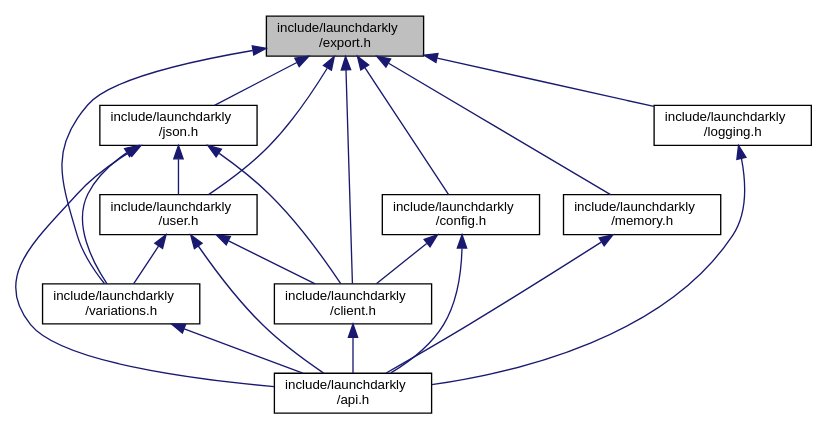
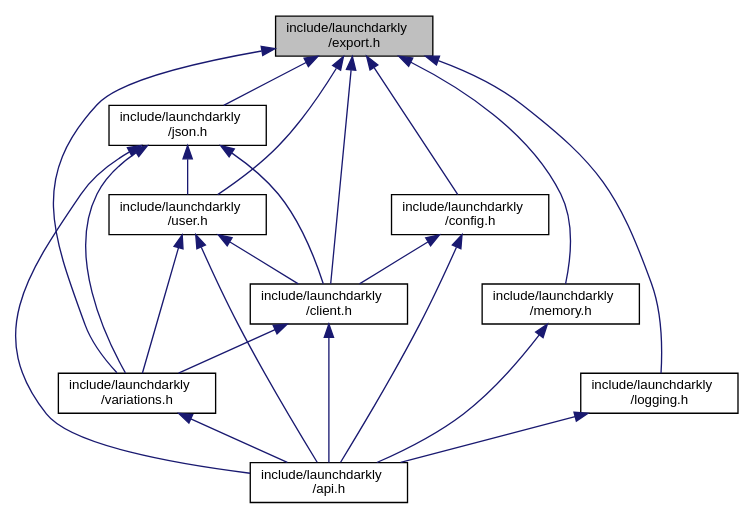
The diagram in export_8h__dep__incl.dot (launchdarkly/c-server-sdk), drawn with Graphviz before and after one commit. The commit also changed 109 other files, not shown here.

```diff
--- a/export_8h__dep__incl.dot
+++ b/export_8h__dep__incl.dot
@@ -1,34 +1,35 @@
 digraph "include/launchdarkly/export.h"
 {
   edge [fontname="Helvetica",fontsize="10",labelfontname="Helvetica",labelfontsize="10"];
   node [fontname="Helvetica",fontsize="10",shape=record];
   Node1 [label="include/launchdarkly\l/export.h",height=0.2,width=0.4,color="black", fillcolor="grey75", style="filled", fontcolor="black"];
   Node1 -> Node2 [dir="back",color="midnightblue",fontsize="10",style="solid",fontname="Helvetica"];
   Node2 [label="include/launchdarkly\l/json.h",height=0.2,width=0.4,color="black", fillcolor="white", style="filled",URL="$json_8h.html",tooltip="Public API Interface for JSON usage. "];
   Node2 -> Node3 [dir="back",color="midnightblue",fontsize="10",style="solid",fontname="Helvetica"];
   Node3 [label="include/launchdarkly\l/api.h",height=0.2,width=0.4,color="black", fillcolor="white", style="filled",URL="$api_8h.html",tooltip="Public API. Include this for every public operation. "];
   Node2 -> Node4 [dir="back",color="midnightblue",fontsize="10",style="solid",fontname="Helvetica"];
   Node4 [label="include/launchdarkly\l/user.h",height=0.2,width=0.4,color="black", fillcolor="white", style="filled",URL="$user_8h.html",tooltip="Public API Interface for User construction. "];
   Node4 -> Node3 [dir="back",color="midnightblue",fontsize="10",style="solid",fontname="Helvetica"];
   Node4 -> Node5 [dir="back",color="midnightblue",fontsize="10",style="solid",fontname="Helvetica"];
   Node5 [label="include/launchdarkly\l/client.h",height=0.2,width=0.4,color="black", fillcolor="white", style="filled",URL="$client_8h.html",tooltip="Public API Interface for Client operations. "];
   Node5 -> Node3 [dir="back",color="midnightblue",fontsize="10",style="solid",fontname="Helvetica"];
-  Node4 -> Node6 [dir="back",color="midnightblue",fontsize="10",style="solid",fontname="Helvetica"];
+  Node5 -> Node6 [dir="back",color="midnightblue",fontsize="10",style="solid",fontname="Helvetica"];
   Node6 [label="include/launchdarkly\l/variations.h",height=0.2,width=0.4,color="black", fillcolor="white", style="filled",URL="$variations_8h.html",tooltip="Public API Interface for evaluation variations. "];
   Node6 -> Node3 [dir="back",color="midnightblue",fontsize="10",style="solid",fontname="Helvetica"];
+  Node4 -> Node6 [dir="back",color="midnightblue",fontsize="10",style="solid",fontname="Helvetica"];
   Node2 -> Node5 [dir="back",color="midnightblue",fontsize="10",style="solid",fontname="Helvetica"];
   Node2 -> Node6 [dir="back",color="midnightblue",fontsize="10",style="solid",fontname="Helvetica"];
   Node1 -> Node7 [dir="back",color="midnightblue",fontsize="10",style="solid",fontname="Helvetica"];
   Node7 [label="include/launchdarkly\l/config.h",height=0.2,width=0.4,color="black", fillcolor="white", style="filled",URL="$config_8h.html",tooltip="Public API Interface for Configuration. "];
   Node7 -> Node3 [dir="back",color="midnightblue",fontsize="10",style="solid",fontname="Helvetica"];
   Node7 -> Node5 [dir="back",color="midnightblue",fontsize="10",style="solid",fontname="Helvetica"];
   Node1 -> Node4 [dir="back",color="midnightblue",fontsize="10",style="solid",fontname="Helvetica"];
   Node1 -> Node5 [dir="back",color="midnightblue",fontsize="10",style="solid",fontname="Helvetica"];
   Node1 -> Node8 [dir="back",color="midnightblue",fontsize="10",style="solid",fontname="Helvetica"];
   Node8 [label="include/launchdarkly\l/memory.h",height=0.2,width=0.4,color="black", fillcolor="white", style="filled",URL="$memory_8h.html",tooltip="Public API. Operations for managing memory. "];
   Node8 -> Node3 [dir="back",color="midnightblue",fontsize="10",style="solid",fontname="Helvetica"];
   Node1 -> Node9 [dir="back",color="midnightblue",fontsize="10",style="solid",fontname="Helvetica"];
   Node9 [label="include/launchdarkly\l/logging.h",height=0.2,width=0.4,color="black", fillcolor="white", style="filled",URL="$logging_8h.html",tooltip="Public API Interface for Logging. "];
   Node9 -> Node3 [dir="back",color="midnightblue",fontsize="10",style="solid",fontname="Helvetica"];
   Node1 -> Node6 [dir="back",color="midnightblue",fontsize="10",style="solid",fontname="Helvetica"];
 }
```
